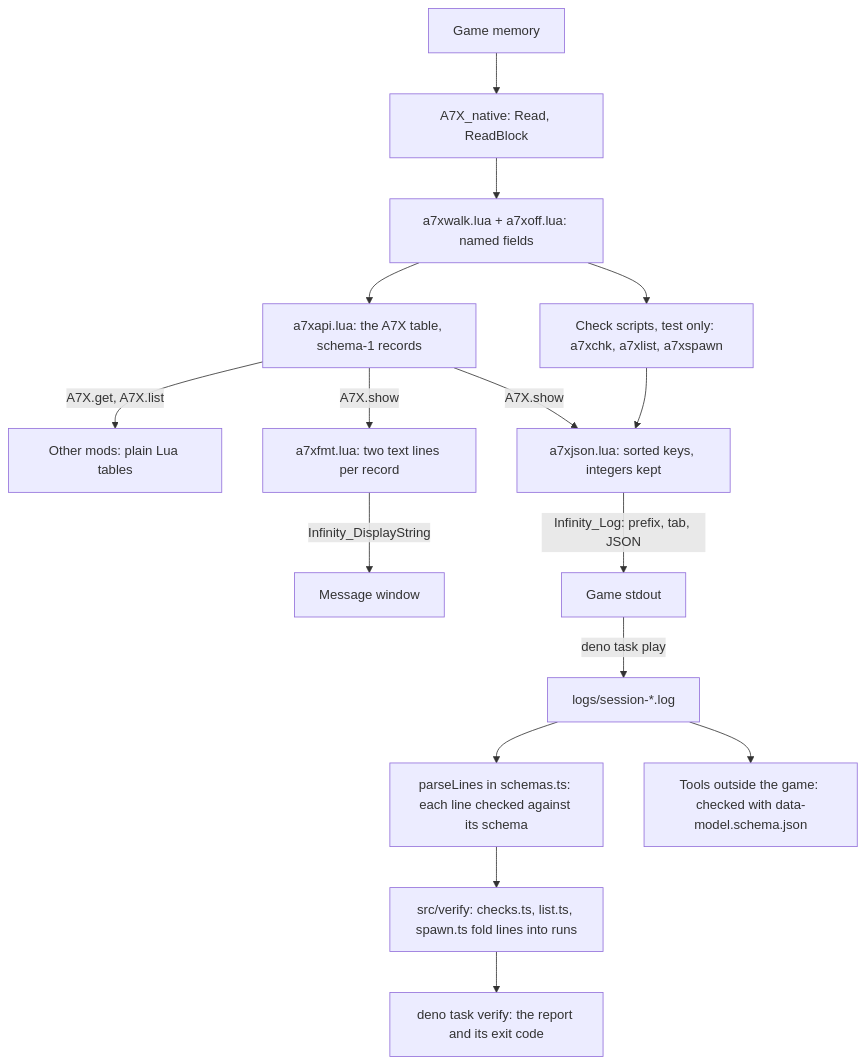
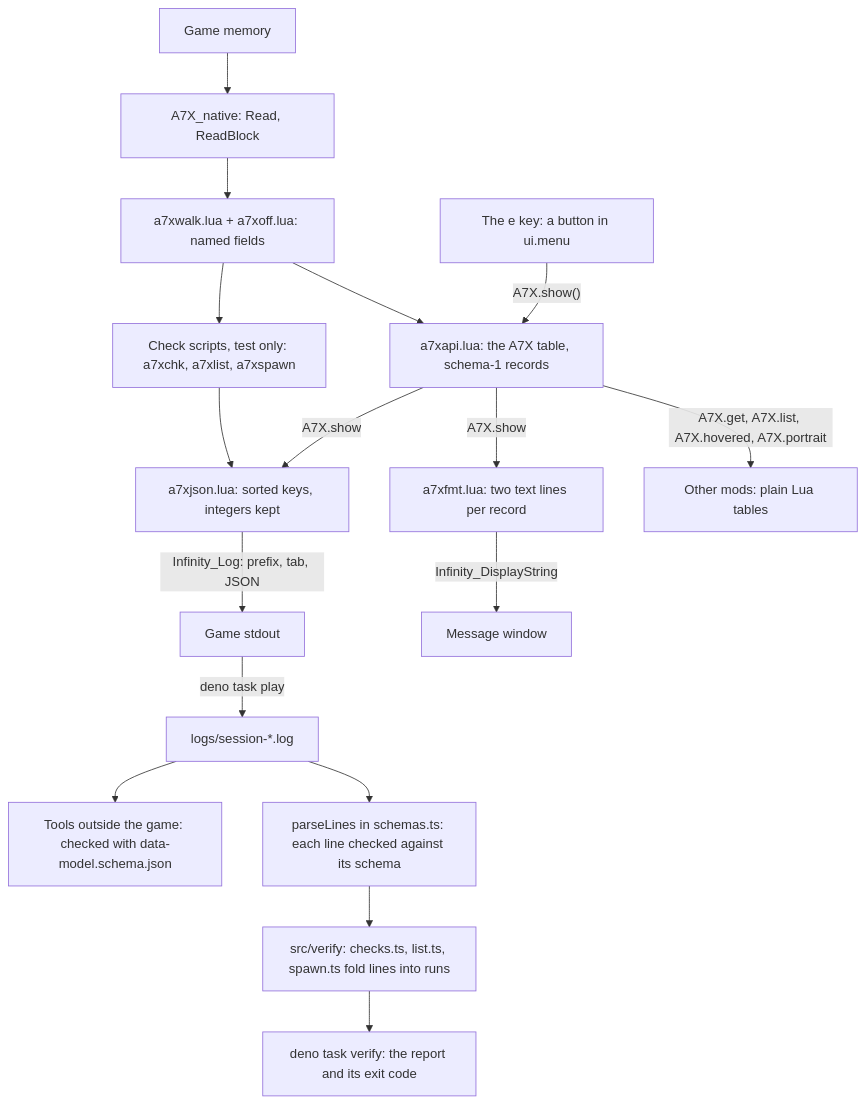
Before and after one commit to kabootit/BG2EE-Inspector: the fourth of 8 diagrams in docs/architecture.md, drawn with Mermaid. The commit also changed other lines of this file and 8 other files, not shown here.

````diff
--- a/docs/architecture.md
+++ b/docs/architecture.md
@@ -135,18 +135,19 @@
 ```mermaid
 flowchart TD
   MEM["Game memory"] --> NAT["A7X_native: Read, ReadBlock"]
   NAT --> WALK["a7xwalk.lua + a7xoff.lua: named fields"]
   WALK --> API["a7xapi.lua: the A7X table, schema-1 records"]
   WALK --> CHK["Check scripts, test only: a7xchk, a7xlist, a7xspawn"]
-  API -- "A7X.get, A7X.list" --> MODS["Other mods: plain Lua tables"]
+  KEY["The e key: a button in ui.menu"] -- "A7X.show()" --> API
+  API -- "A7X.get, A7X.list, A7X.hovered, A7X.portrait" --> MODS["Other mods: plain Lua tables"]
   API -- "A7X.show" --> FMT["a7xfmt.lua: two text lines per record"]
   FMT -- "Infinity_DisplayString" --> MSG["Message window"]
   API -- "A7X.show" --> JSON["a7xjson.lua: sorted keys, integers kept"]
   CHK --> JSON
   JSON -- "Infinity_Log: prefix, tab, JSON" --> LOG["Game stdout"]
   LOG -- "deno task play" --> CAP["logs/session-*.log"]
   CAP --> PARSE["parseLines in schemas.ts: each line checked against its schema"]
   PARSE --> VER["src/verify: checks.ts, list.ts, spawn.ts fold lines into runs"]
   VER --> REP["deno task verify: the report and its exit code"]
   CAP --> TOOLS["Tools outside the game: checked with data-model.schema.json"]
 ```
````
